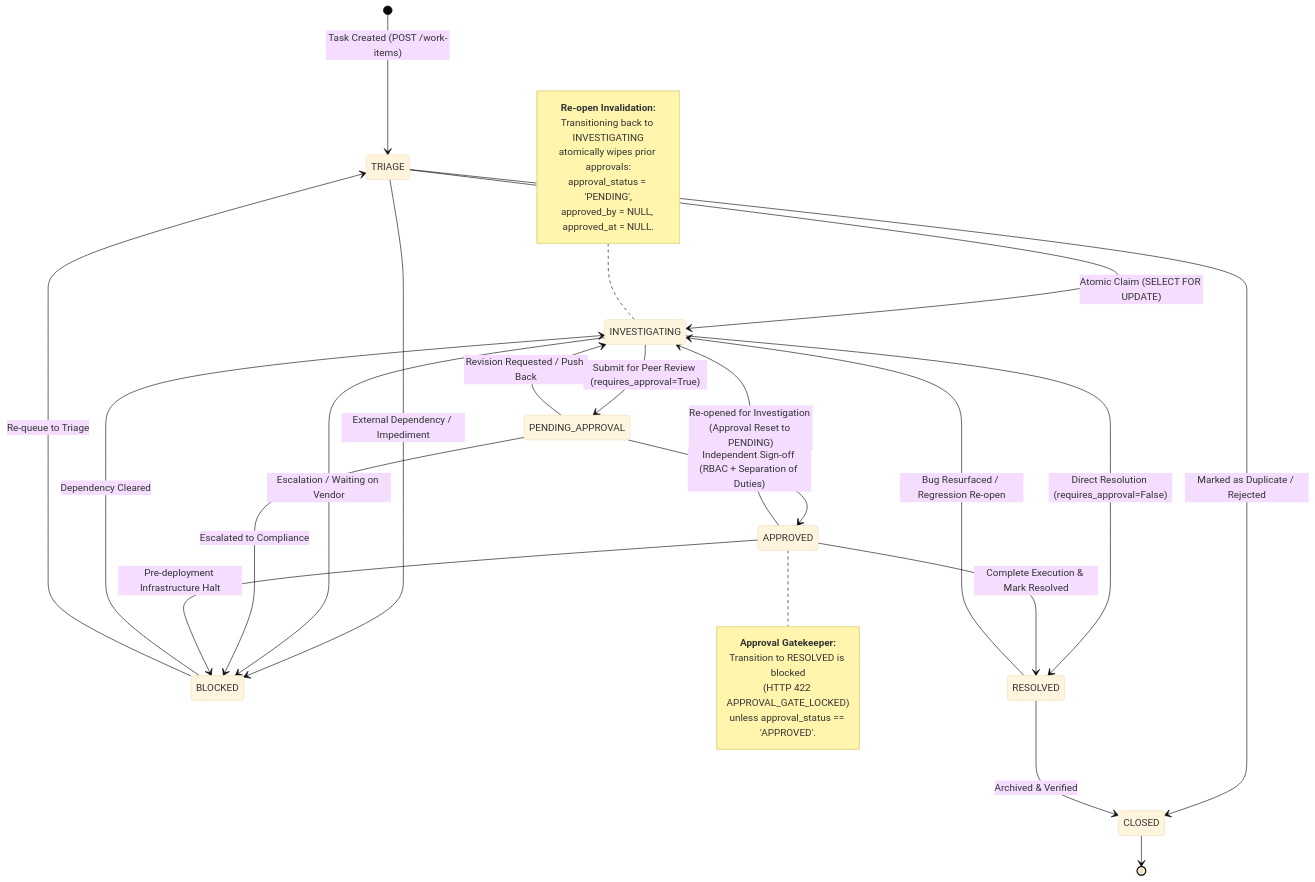
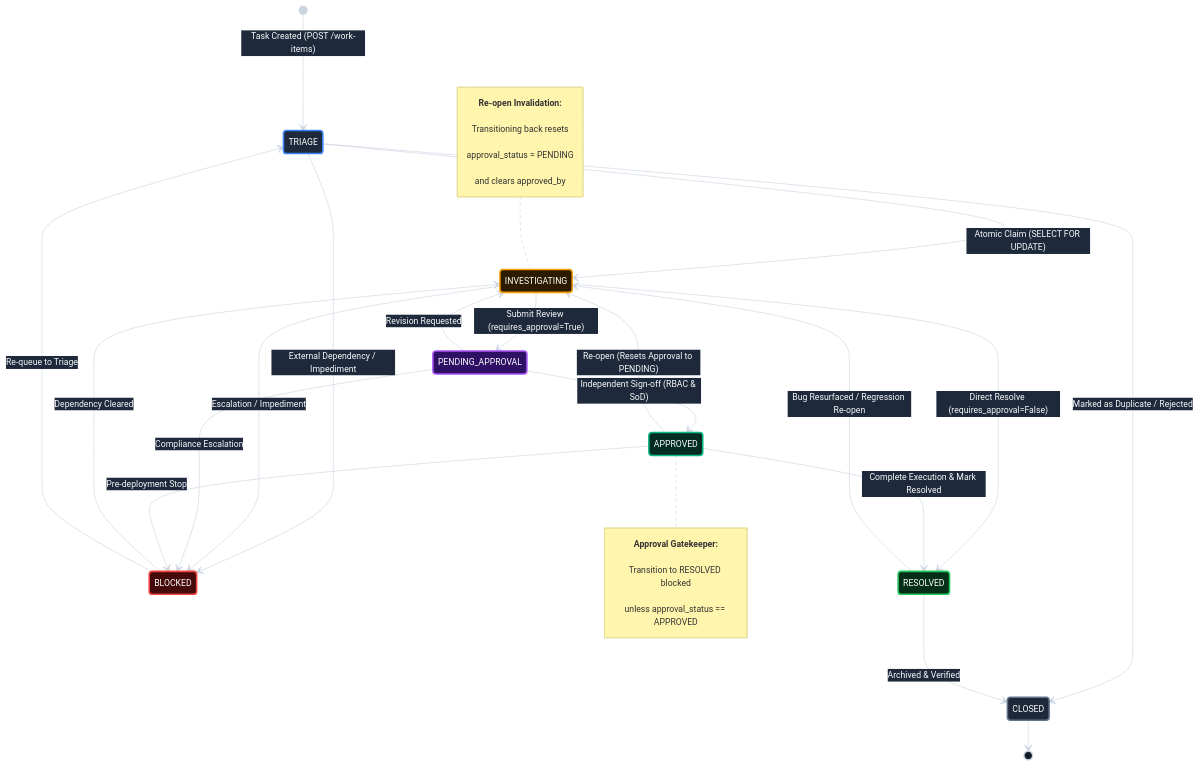
Before and after one commit to matrix-1407/OpsPulse-Newtonite: the second of 6 diagrams in README.md, drawn with Mermaid. The commit also changed other lines of this file and 1 other file, not shown here.

Commit message:
docs: improve readability, colors and fix Mermaid parse errors in diagrams

````diff
--- a/README.md
+++ b/README.md
@@ -99,52 +100,76 @@
 ```mermaid
 %%{init: {
   'theme': 'base',
   'themeVariables': {
-    'fontSize': '16px',
-    'fontFamily': 'Inter, -apple-system, BlinkMacSystemFont, Segoe UI, Roboto, sans-serif'
+    'fontFamily': 'Inter, system-ui, -apple-system, sans-serif',
+    'fontSize': '14px',
+    'lineColor': '#cbd5e1',
+    'textColor': '#f8fafc',
+    'labelTextColor': '#f8fafc',
+    'edgeLabelBackground': '#1e293b',
+    'labelBackgroundColor': '#1e293b',
+    'labelBoxBkgColor': '#1e293b',
+    'stateBkg': '#1e293b',
+    'mainBkg': '#1e293b',
+    'primaryColor': '#1e293b',
+    'transitionLabelColor': '#f8fafc'
   }
 }}%%
 stateDiagram-v2
     direction TB
+
+    classDef triage fill:#1e293b,stroke:#3b82f6,stroke-width:2.5px,color:#ffffff
+    classDef investigating fill:#2d1b00,stroke:#f59e0b,stroke-width:2.5px,color:#ffffff
+    classDef pending fill:#2e1065,stroke:#a855f7,stroke-width:2.5px,color:#ffffff
+    classDef approved fill:#022c22,stroke:#10b981,stroke-width:2.5px,color:#ffffff
+    classDef resolved fill:#052e16,stroke:#22c55e,stroke-width:2.5px,color:#ffffff
+    classDef closed fill:#1e293b,stroke:#64748b,stroke-width:2.5px,color:#ffffff
+    classDef blocked fill:#450a0a,stroke:#ef4444,stroke-width:2.5px,color:#ffffff
 
     [*] --> TRIAGE : Task Created (POST /work-items)
     
     TRIAGE --> INVESTIGATING : Atomic Claim (SELECT FOR UPDATE)
     TRIAGE --> BLOCKED : External Dependency / Impediment
     TRIAGE --> CLOSED : Marked as Duplicate / Rejected
     
-    INVESTIGATING --> PENDING_APPROVAL : Submit for Peer Review (requires_approval=True)
-    INVESTIGATING --> RESOLVED : Direct Resolution (requires_approval=False)
-    INVESTIGATING --> BLOCKED : Escalation / Waiting on Vendor
+    INVESTIGATING --> PENDING_APPROVAL : Submit Review (requires_approval=True)
+    INVESTIGATING --> RESOLVED : Direct Resolve (requires_approval=False)
+    INVESTIGATING --> BLOCKED : Escalation / Impediment
     
-    PENDING_APPROVAL --> APPROVED : Independent Sign-off (RBAC + Separation of Duties)
-    PENDING_APPROVAL --> INVESTIGATING : Revision Requested / Push Back
-    PENDING_APPROVAL --> BLOCKED : Escalated to Compliance
+    PENDING_APPROVAL --> APPROVED : Independent Sign-off (RBAC & SoD)
+    PENDING_APPROVAL --> INVESTIGATING : Revision Requested
+    PENDING_APPROVAL --> BLOCKED : Compliance Escalation
     
     APPROVED --> RESOLVED : Complete Execution & Mark Resolved
-    APPROVED --> INVESTIGATING : Re-opened for Investigation (Approval Reset to PENDING)
-    APPROVED --> BLOCKED : Pre-deployment Infrastructure Halt
+    APPROVED --> INVESTIGATING : Re-open (Resets Approval to PENDING)
+    APPROVED --> BLOCKED : Pre-deployment Stop
     
     BLOCKED --> INVESTIGATING : Dependency Cleared
     BLOCKED --> TRIAGE : Re-queue to Triage
     
     RESOLVED --> CLOSED : Archived & Verified
     RESOLVED --> INVESTIGATING : Bug Resurfaced / Regression Re-open
     
     CLOSED --> [*]
 
+    class TRIAGE triage
+    class INVESTIGATING investigating
+    class PENDING_APPROVAL pending
+    class APPROVED approved
+    class RESOLVED resolved
+    class CLOSED closed
+    class BLOCKED blocked
+
     note right of APPROVED
-        <b>Approval Gatekeeper:</b>
-        Transition to RESOLVED is blocked
-        (HTTP 422 APPROVAL_GATE_LOCKED)
-        unless approval_status == 'APPROVED'.
+        <b>Approval Gatekeeper:</b><br/>
+        Transition to RESOLVED blocked<br/>
+        unless approval_status == APPROVED
     end note
 
     note left of INVESTIGATING
-        <b>Re-open Invalidation:</b>
-        Transitioning back to INVESTIGATING
-        atomically wipes prior approvals:
-        approval_status = 'PENDING',
-        approved_by = NULL, approved_at = NULL.
+        <b>Re-open Invalidation:</b><br/>
+        Transitioning back resets<br/>
+        approval_status = PENDING<br/>
+        and clears approved_by
     end note
 ```
````
